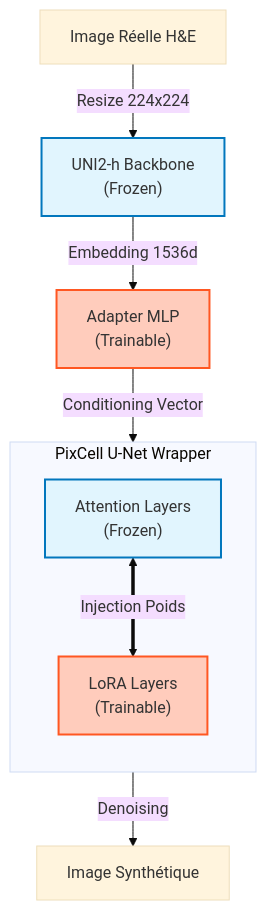
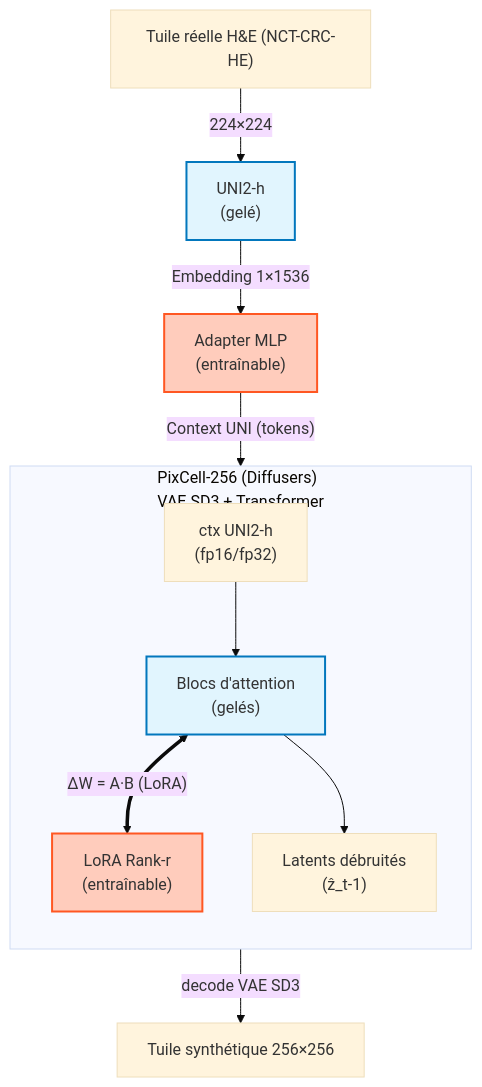
Before and after one commit to cecile-aie/poc_histopathology: the diagram in docs/Pixcell_UNI2h_trainable_README.md, drawn with Mermaid (base theme). The commit also changed other lines of this file, not shown here.

Commit message:
Mise à jour README Adapter Lora Pixcell

````diff
--- a/docs/Pixcell_UNI2h_trainable_README.md
+++ b/docs/Pixcell_UNI2h_trainable_README.md
@@ -14,34 +18,27 @@
 ```mermaid
 graph TD
     %% Entrée
-    Input["Image Réelle H&E"] -->|"Resize 224x224"| A["UNI2-h Backbone<br/>(Frozen)"]
-    
-    %% Style Frozen (Bleu clair)
-    style A fill:#e1f5fe,stroke:#0277bd,stroke-width:2px
+    Input["Tuile réelle H&E (NCT-CRC-HE)"] -->|"224×224"| UNI["UNI2-h<br/>(gelé)"]
 
-    %% Adapter
-    A -->|"Embedding 1536d"| B["Adapter MLP<br/>(Trainable)"]
-    
-    %% Style Trainable (Orange clair)
-    style B fill:#ffccbc,stroke:#ff5722,stroke-width:2px
-    
-    %% Connexion vers l'intérieur du U-Net
-    B -->|"Conditioning Vector"| D
-    
-    %% Bloc U-Net
-    subgraph UNetBox ["PixCell U-Net Wrapper"]
+    %% UNI
+    style UNI fill:#e1f5fe,stroke:#0277bd,stroke-width:2px
+
+    UNI -->|"Embedding 1×1536"| ADAPT["Adapter MLP<br/>(entraînable)"]
+    style ADAPT fill:#ffccbc,stroke:#ff5722,stroke-width:2px
+
+    ADAPT -->|"Context UNI (tokens)"| CTX["ctx UNI2-h<br/>(fp16/fp32)"]
+
+    %% Bloc PixCell
+    subgraph PIXCELL ["PixCell-256 (Diffusers)<br/>VAE SD3 + Transformer"]
         direction TB
-        D["Attention Layers<br/>(Frozen)"]
-        E["LoRA Layers<br/>(Trainable)"]
-        
-        %% Couleurs internes
-        style D fill:#e1f5fe,stroke:#0277bd,stroke-width:2px
-        style E fill:#ffccbc,stroke:#ff5722,stroke-width:2px
-        
-        %% Interaction LoRA
-        D <==>|"Injection Poids"| E
+        CTX --> ATT["Blocs d'attention<br/>(gelés)"]
+        style ATT fill:#e1f5fe,stroke:#0277bd,stroke-width:2px
+
+        ATT <==>|"ΔW = A·B (LoRA)"| LORA["LoRA Rank-r<br/>(entraînable)"]
+        style LORA fill:#ffccbc,stroke:#ff5722,stroke-width:2px
+
+        ATT --> LAT["Latents débruités<br/>(ẑ_t-1)"]
     end
-    
-    %% Sortie
-    D -->|"Denoising"| Output["Image Synthétique"]
+
+    LAT -->|"decode VAE SD3"| OUT["Tuile synthétique 256×256"]
 ```
````
